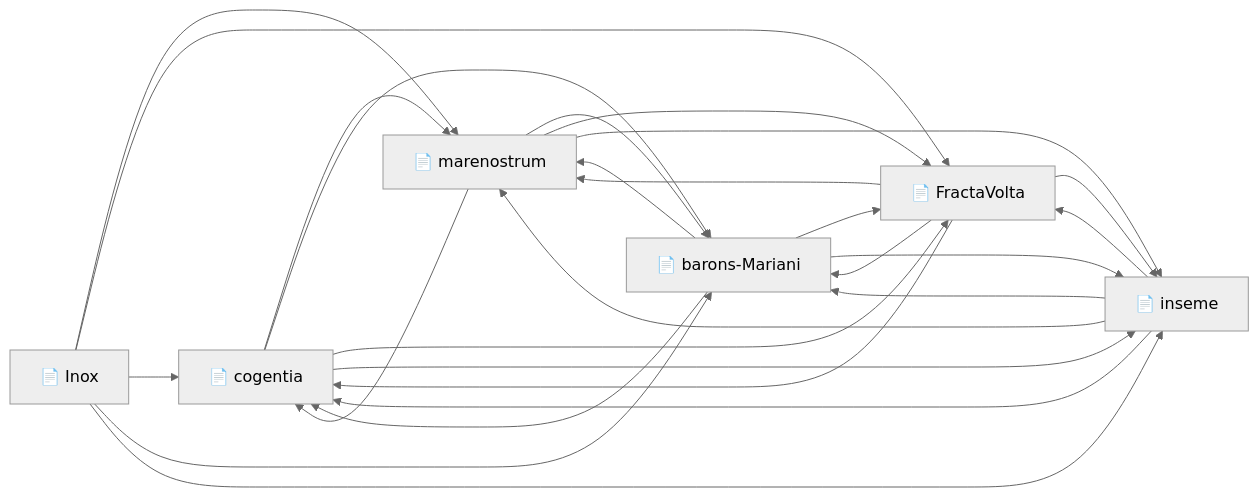
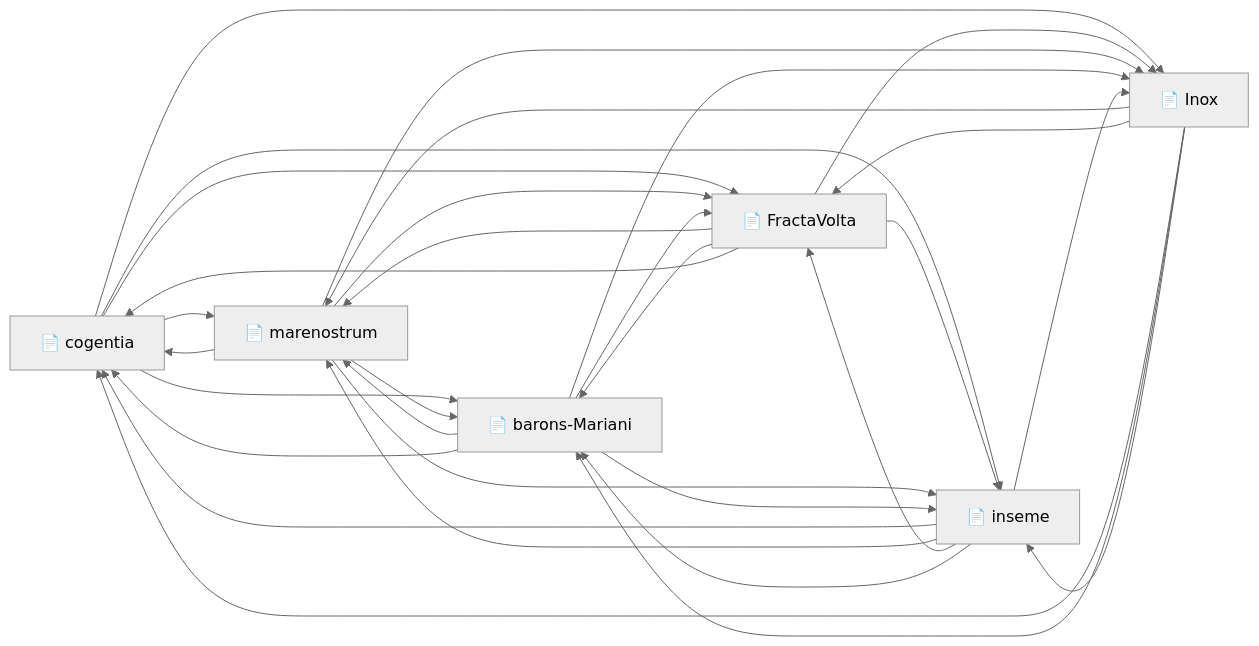
The first of 2 diagrams in research/corpus-status.md (JeanHuguesRobert/FractaVolta), drawn with Mermaid (neutral theme) before and after one commit. The commit also changed other lines of this file and 6 other files, not shown here.

````diff
--- a/research/corpus-status.md
+++ b/research/corpus-status.md
@@ -42,40 +42,45 @@
 ```mermaid
 graph LR
   cogentia["📄 cogentia"]
   FractaVolta["📄 FractaVolta"]
   marenostrum["📄 marenostrum"]
   barons-Mariani["📄 barons-Mariani"]
   inseme["📄 inseme"]
   Inox["📄 Inox"]
   cogentia --> marenostrum
   cogentia --> barons-Mariani
   cogentia --> FractaVolta
   cogentia --> inseme
+  cogentia --> Inox
   FractaVolta --> marenostrum
   FractaVolta --> barons-Mariani
   FractaVolta --> cogentia
   FractaVolta --> inseme
+  FractaVolta --> Inox
   marenostrum --> barons-Mariani
   marenostrum --> FractaVolta
   marenostrum --> cogentia
   marenostrum --> inseme
+  marenostrum --> Inox
   barons-Mariani --> marenostrum
   barons-Mariani --> FractaVolta
   barons-Mariani --> cogentia
   barons-Mariani --> inseme
+  barons-Mariani --> Inox
   inseme --> cogentia
   inseme --> marenostrum
   inseme --> FractaVolta
   inseme --> barons-Mariani
+  inseme --> Inox
   Inox --> marenostrum
   Inox --> FractaVolta
   Inox --> cogentia
   Inox --> barons-Mariani
   Inox --> inseme
   click cogentia "https://github.com/JeanHuguesRobert/cogentia/blob/main/research/index.md" "Open research/index.md"
   click FractaVolta "https://github.com/JeanHuguesRobert/FractaVolta/blob/main/research/index.md" "Open research/index.md"
   click marenostrum "https://github.com/JeanHuguesRobert/marenostrum/blob/main/research/index.md" "Open research/index.md"
   click barons-Mariani "https://github.com/JeanHuguesRobert/barons-Mariani/blob/main/research/index.md" "Open research/index.md"
   click inseme "https://github.com/JeanHuguesRobert/inseme/blob/main/research/index.md" "Open research/index.md"
   click Inox "https://github.com/JeanHuguesRobert/Inox/blob/main/research/index.md" "Open research/index.md"
 ```
````
